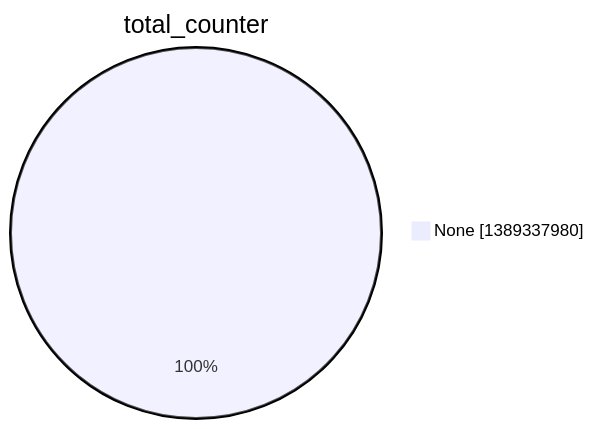
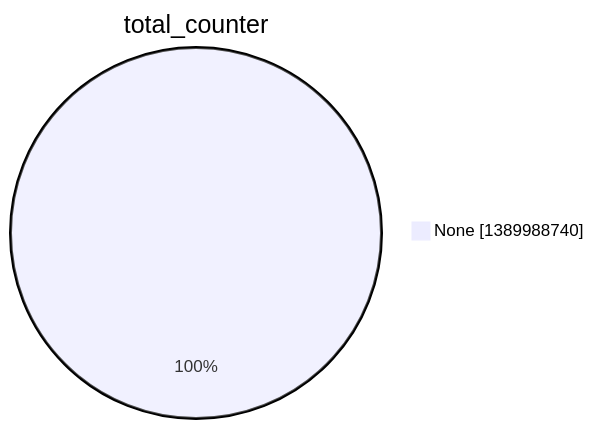
Before and after one commit to christiankrug/ctmonitor_visualization: the second of 15 diagrams in argon2022/README.md, drawn with Mermaid. The commit also changed other lines of this file, not shown here.

````diff
--- a/argon2022/README.md
+++ b/argon2022/README.md
@@ -9,5 +9,5 @@
 ```mermaid
 pie showData
 title total_counter
-"None" :1389337980
+"None" :1389988740
 ```
````
